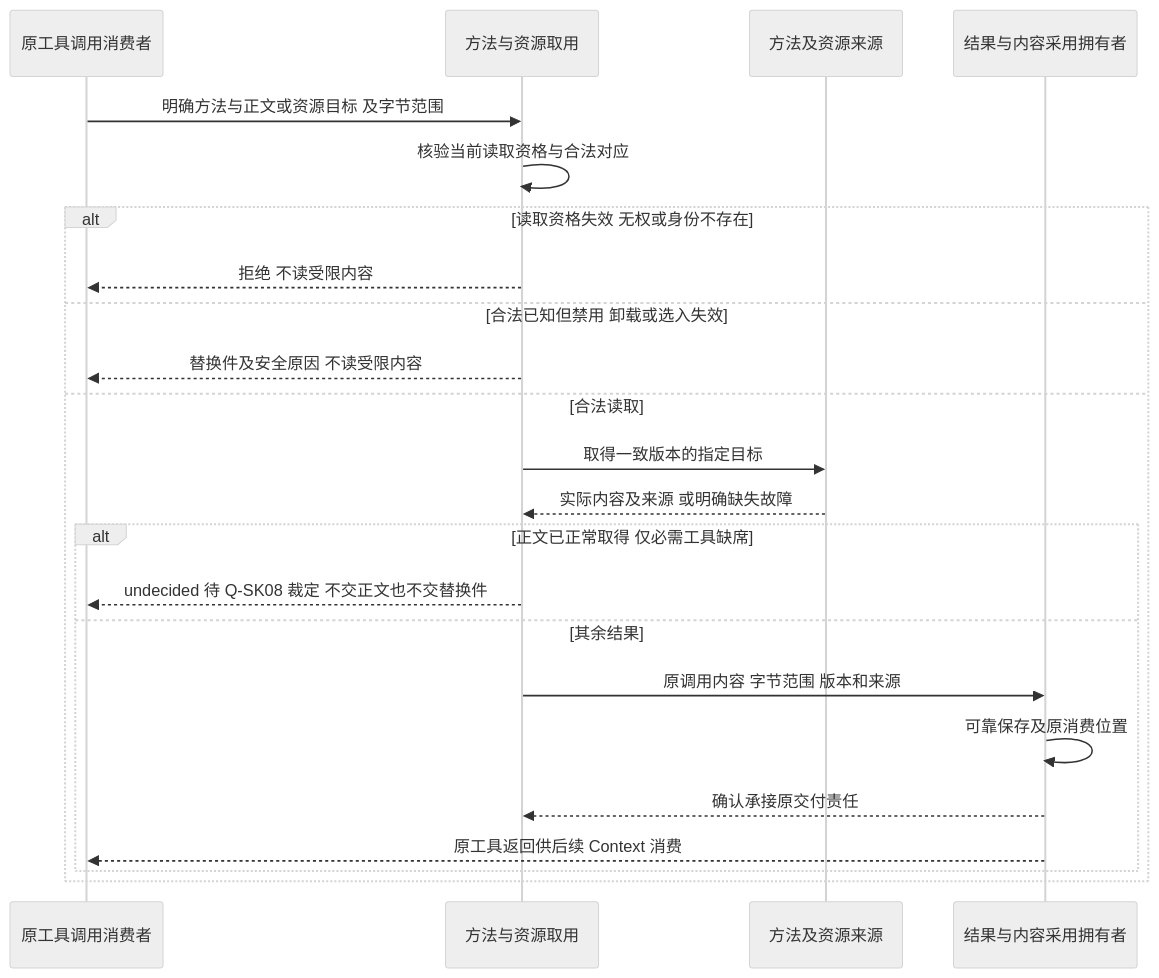
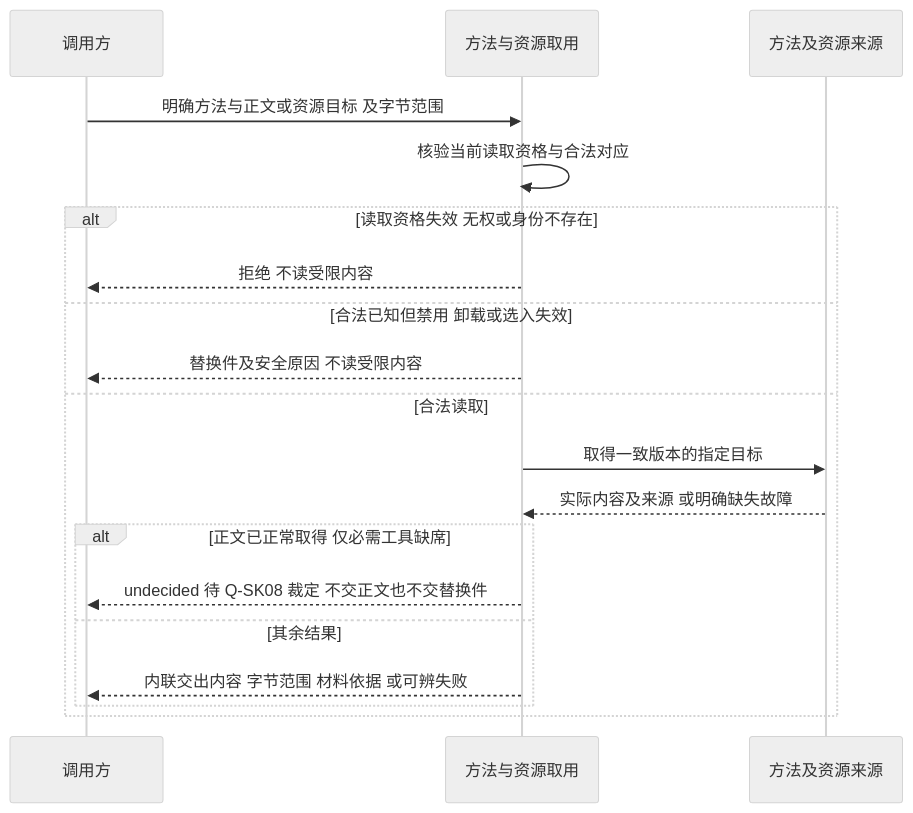
The first of 4 diagrams in docs/domains/skills/key-flows.md (nemori-ai/omne-harness-lite), drawn with Mermaid (neutral theme) before and after one commit. The commit also changed other lines of this file and 5 other files, not shown here.

````diff
--- a/docs/domains/skills/key-flows.md
+++ b/docs/domains/skills/key-flows.md
@@ -15,25 +15,21 @@
 ```mermaid
 sequenceDiagram
-  participant C as 原工具调用消费者
+  participant C as 调用方
   participant A as 方法与资源取用
   participant S as 方法及资源来源
-  participant R as 结果与内容采用拥有者
   C->>A: 明确方法与正文或资源目标 及字节范围
   A->>A: 核验当前读取资格与合法对应
   alt 读取资格失效 无权或身份不存在
     A-->>C: 拒绝 不读受限内容
   else 合法已知但禁用 卸载或选入失效
     A-->>C: 替换件及安全原因 不读受限内容
   else 合法读取
     A->>S: 取得一致版本的指定目标
     S-->>A: 实际内容及来源 或明确缺失故障
     alt 正文已正常取得 仅必需工具缺席
       A-->>C: undecided 待 Q-SK08 裁定 不交正文也不交替换件
     else 其余结果
-      A->>R: 原调用内容 字节范围 版本和来源
-      R->>R: 可靠保存及原消费位置
-      R-->>A: 确认承接原交付责任
-      R-->>C: 原工具返回供后续 Context 消费
+      A-->>C: 内联交出内容 字节范围 材料依据 或可辨失败
     end
   end
 ```
````
